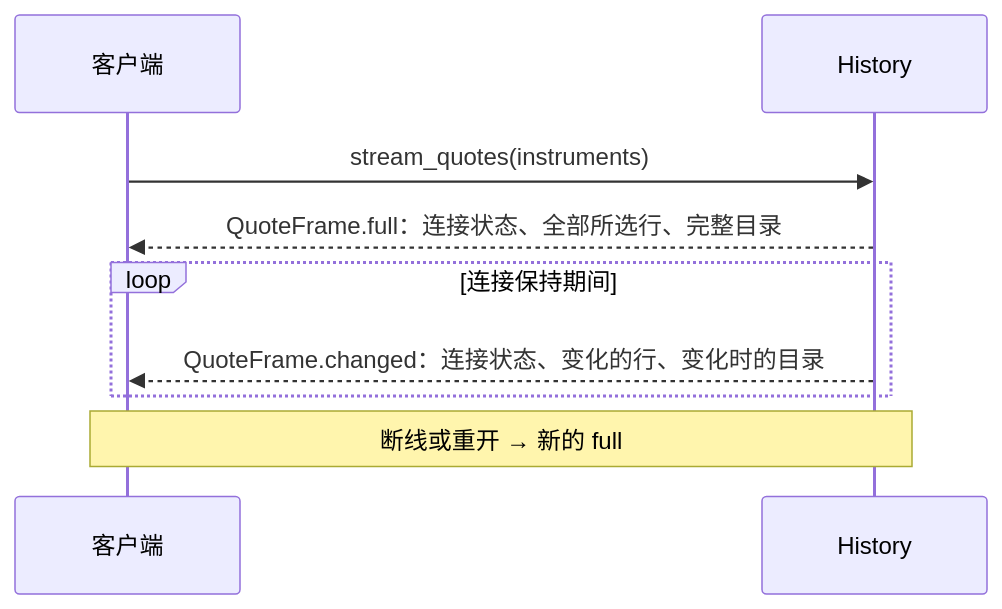
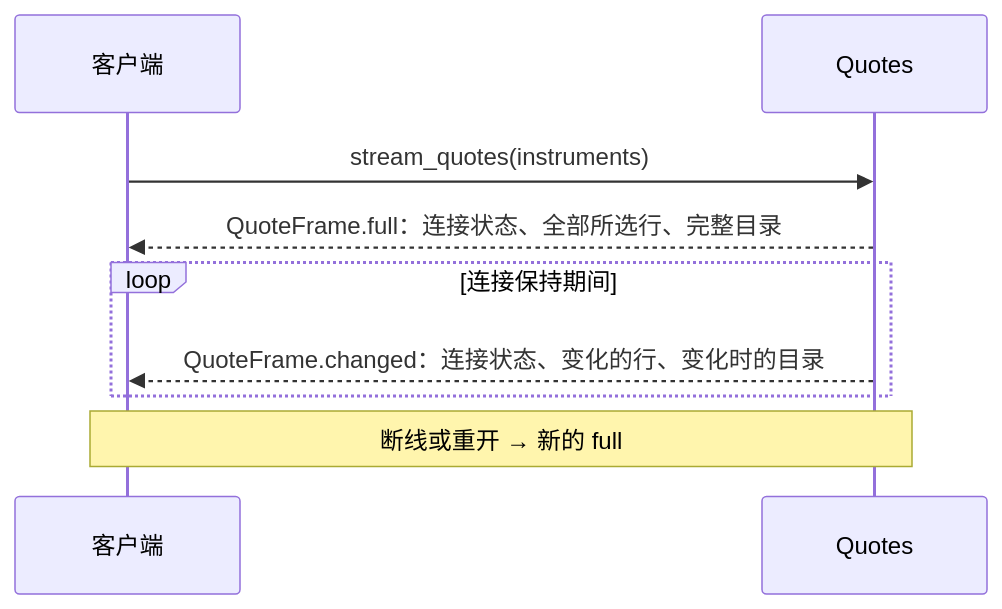
Before and after one commit to isqiwen/asterion-terminal: the first of 2 diagrams in docs/protocol.md, drawn with Mermaid. The commit also changed other lines of this file and 170 other files, not shown here.

First line of the commit message:
M3.85: split live quotes out of History into a Quotes service

````diff
--- a/docs/protocol.md
+++ b/docs/protocol.md
@@ -122,11 +108,11 @@
 ```mermaid
 sequenceDiagram
     participant Client as 客户端
-    participant History
-    Client->>History: stream_quotes(instruments)
-    History-->>Client: QuoteFrame.full：连接状态、全部所选行、完整目录
+    participant Quotes
+    Client->>Quotes: stream_quotes(instruments)
+    Quotes-->>Client: QuoteFrame.full：连接状态、全部所选行、完整目录
     loop 连接保持期间
-        History-->>Client: QuoteFrame.changed：连接状态、变化的行、变化时的目录
+        Quotes-->>Client: QuoteFrame.changed：连接状态、变化的行、变化时的目录
     end
-    Note over Client,History: 断线或重开 → 新的 full
+    Note over Client,Quotes: 断线或重开 → 新的 full
 ```
````
